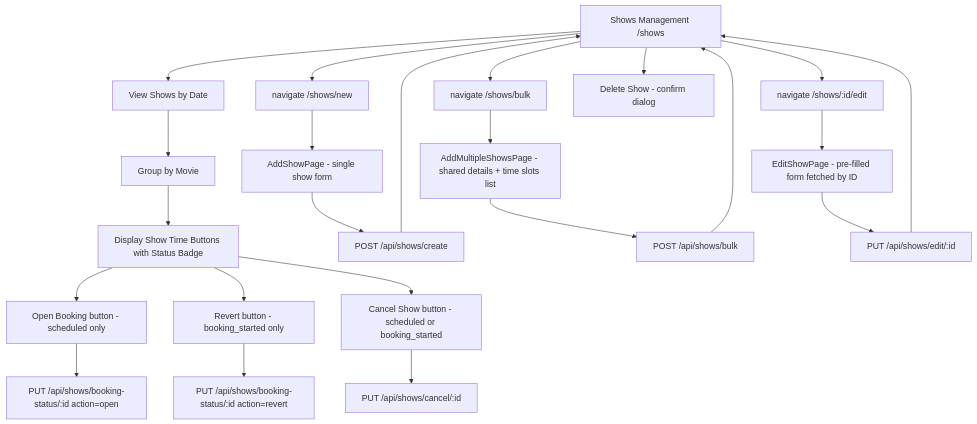
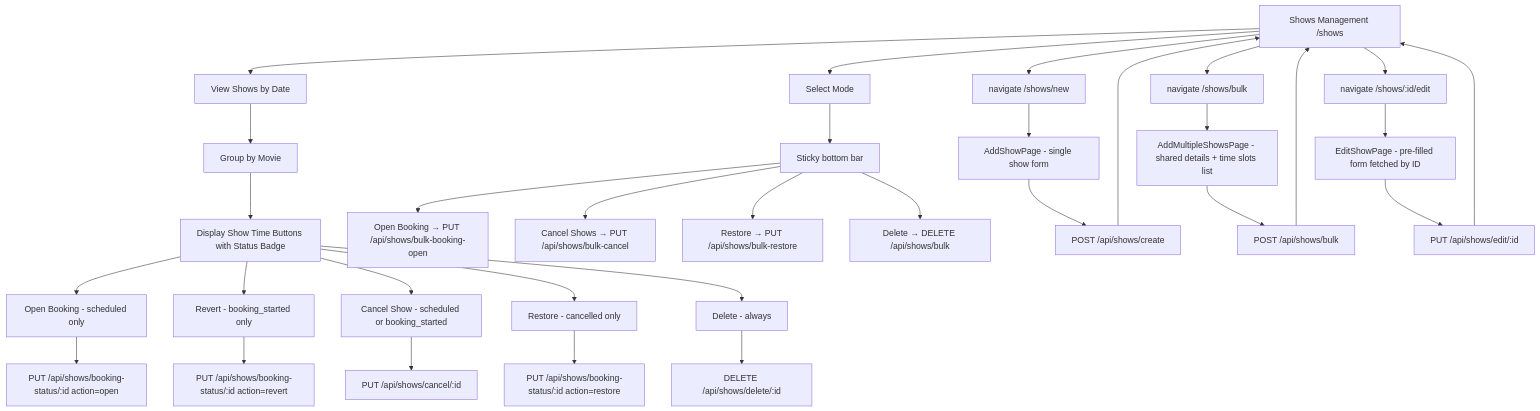
Before and after one commit to hduraimurugan/cinema-app-docs: the tenth of 17 diagrams in admin.md, drawn with Mermaid. The commit also changed other lines of this file and 1 other file, not shown here.

Commit message:
update: enhance backend documentation with new bulk actions for shows; include bulk delete, bulk cancel, bulk open, and bulk restore functionalities

````diff
--- a/admin.md
+++ b/admin.md
@@ -816,31 +816,41 @@
 ```mermaid
 flowchart TD
     A[Shows Management /shows] --> B[View Shows by Date]
     A --> C[navigate /shows/new]
     A --> D[navigate /shows/bulk]
     A --> E[navigate /shows/:id/edit]
-    A --> F[Delete Show - confirm dialog]
 
     B --> G[Group by Movie]
     G --> H[Display Show Time Buttons with Status Badge]
 
-    H --> OB[Open Booking button - scheduled only]
-    H --> RV[Revert button - booking_started only]
-    H --> CN[Cancel Show button - scheduled or booking_started]
+    H --> OB[Open Booking - scheduled only]
+    H --> RV[Revert - booking_started only]
+    H --> CN[Cancel Show - scheduled or booking_started]
+    H --> RS[Restore - cancelled only]
+    H --> DEL[Delete - always]
 
     OB --> OBA[PUT /api/shows/booking-status/:id action=open]
     RV --> RVA[PUT /api/shows/booking-status/:id action=revert]
     CN --> CNA[PUT /api/shows/cancel/:id]
+    RS --> RSA[PUT /api/shows/booking-status/:id action=restore]
+    DEL --> DELA[DELETE /api/shows/delete/:id]
+
+    A --> SEL[Select Mode]
+    SEL --> BULK[Sticky bottom bar]
+    BULK --> BOR[Open Booking → PUT /api/shows/bulk-booking-open]
+    BULK --> BCN[Cancel Shows → PUT /api/shows/bulk-cancel]
+    BULK --> BRS[Restore → PUT /api/shows/bulk-restore]
+    BULK --> BDL[Delete → DELETE /api/shows/bulk]
 
     C --> I[AddShowPage - single show form]
     D --> J[AddMultipleShowsPage - shared details + time slots list]
     E --> K[EditShowPage - pre-filled form fetched by ID]
 
     I --> L[POST /api/shows/create]
     J --> M[POST /api/shows/bulk]
     K --> N[PUT /api/shows/edit/:id]
 
     L --> A
     M --> A
     N --> A
 ```
````
